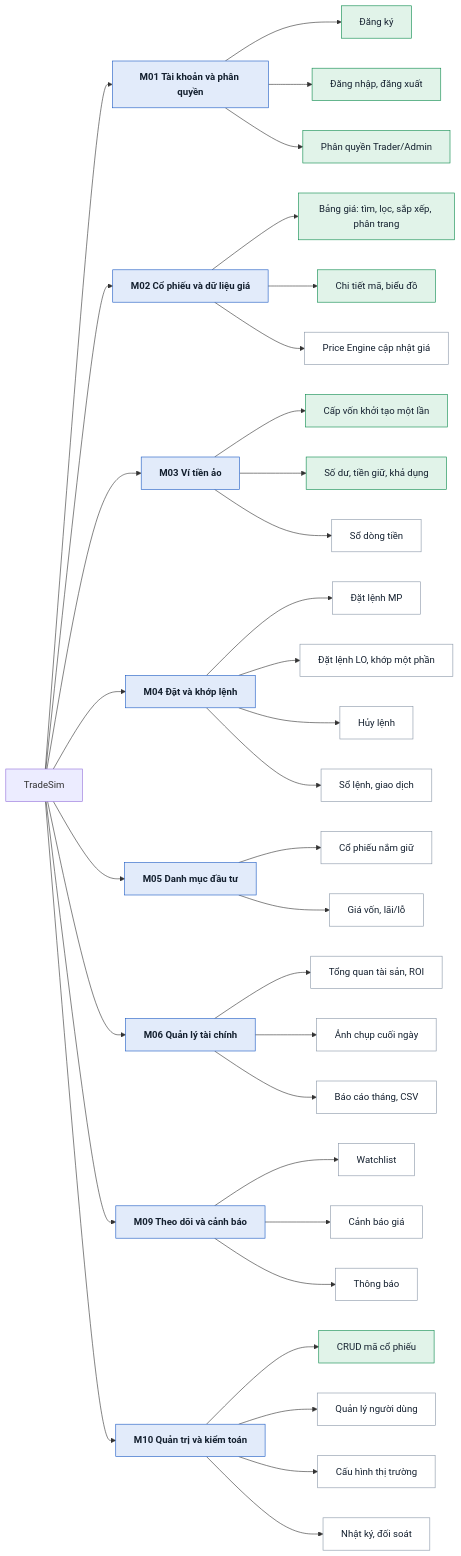
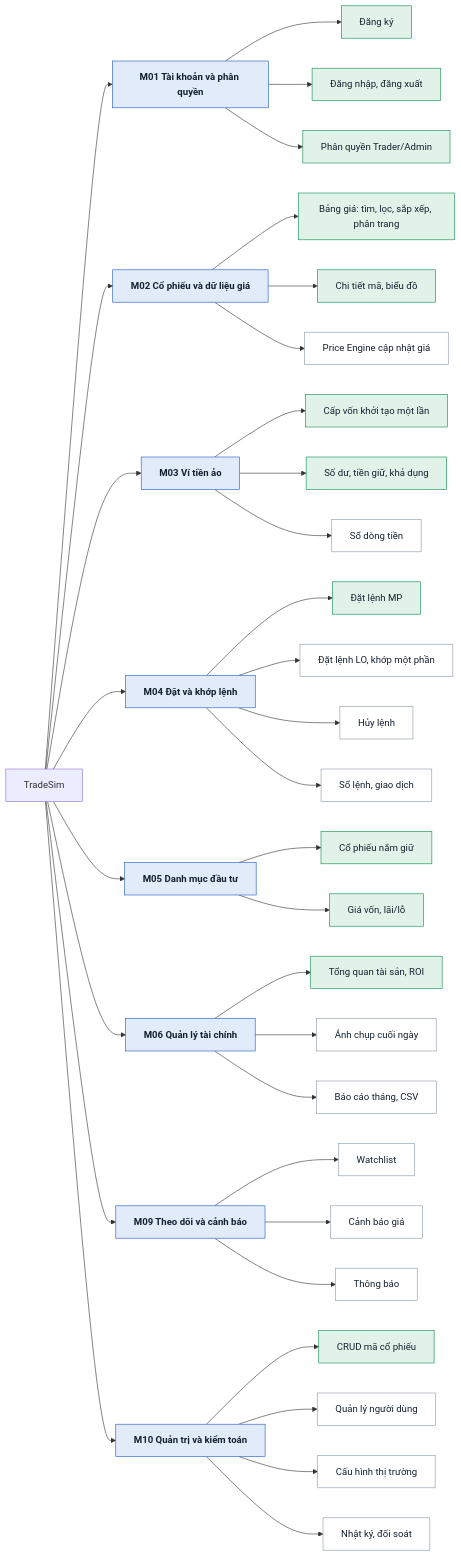
Before and after one commit to siunhansss/tradesim: the diagram in docs/design/functions.mmd, drawn with Mermaid. The commit also changed 28 other files, not shown here.

```diff
--- a/docs/design/functions.mmd
+++ b/docs/design/functions.mmd
@@ -1,26 +1,26 @@
 flowchart LR
     R["TradeSim"]
     R --> M01["M01 Tài khoản và phân quyền"]
     R --> M02["M02 Cổ phiếu và dữ liệu giá"]
     R --> M03["M03 Ví tiền ảo"]
     R --> M04["M04 Đặt và khớp lệnh"]
     R --> M05["M05 Danh mục đầu tư"]
     R --> M06["M06 Quản lý tài chính"]
     R --> M09["M09 Theo dõi và cảnh báo"]
     R --> M10["M10 Quản trị và kiểm toán"]
 
     M01 --> F011["Đăng ký"] & F012["Đăng nhập, đăng xuất"] & F013["Phân quyền Trader/Admin"]
     M02 --> F021["Bảng giá: tìm, lọc, sắp xếp, phân trang"] & F022["Chi tiết mã, biểu đồ"] & F023["Price Engine cập nhật giá"]
     M03 --> F031["Cấp vốn khởi tạo một lần"] & F032["Số dư, tiền giữ, khả dụng"] & F033["Sổ dòng tiền"]
     M04 --> F041["Đặt lệnh MP"] & F042["Đặt lệnh LO, khớp một phần"] & F043["Hủy lệnh"] & F044["Sổ lệnh, giao dịch"]
     M05 --> F051["Cổ phiếu nắm giữ"] & F052["Giá vốn, lãi/lỗ"]
     M06 --> F061["Tổng quan tài sản, ROI"] & F062["Ảnh chụp cuối ngày"] & F063["Báo cáo tháng, CSV"]
     M09 --> F091["Watchlist"] & F092["Cảnh báo giá"] & F093["Thông báo"]
     M10 --> F101["CRUD mã cổ phiếu"] & F102["Quản lý người dùng"] & F103["Cấu hình thị trường"] & F104["Nhật ký, đối soát"]
 
     classDef done fill:#e1f3e9,stroke:#0b8a4c,color:#14202f
     classDef todo fill:#ffffff,stroke:#8a97a8,color:#14202f
     classDef mod fill:#e2ebfa,stroke:#1d5bc4,color:#14202f,font-weight:bold
     class M01,M02,M03,M04,M05,M06,M09,M10 mod
-    class F011,F012,F013,F021,F022,F031,F032,F101 done
-    class F023,F033,F041,F042,F043,F044,F051,F052,F061,F062,F063,F091,F092,F093,F102,F103,F104 todo
+    class F011,F012,F013,F021,F022,F031,F032,F041,F051,F052,F061,F101 done
+    class F023,F033,F042,F043,F044,F062,F063,F091,F092,F093,F102,F103,F104 todo
```
